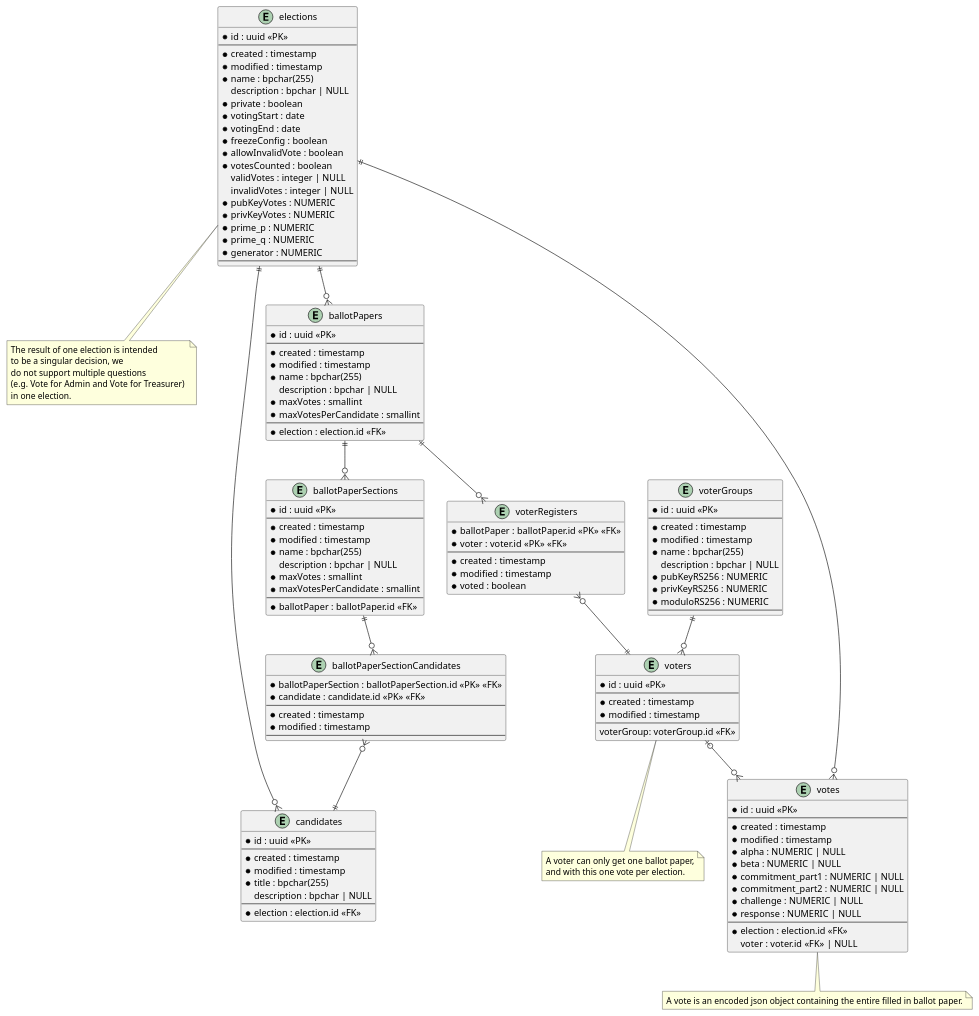
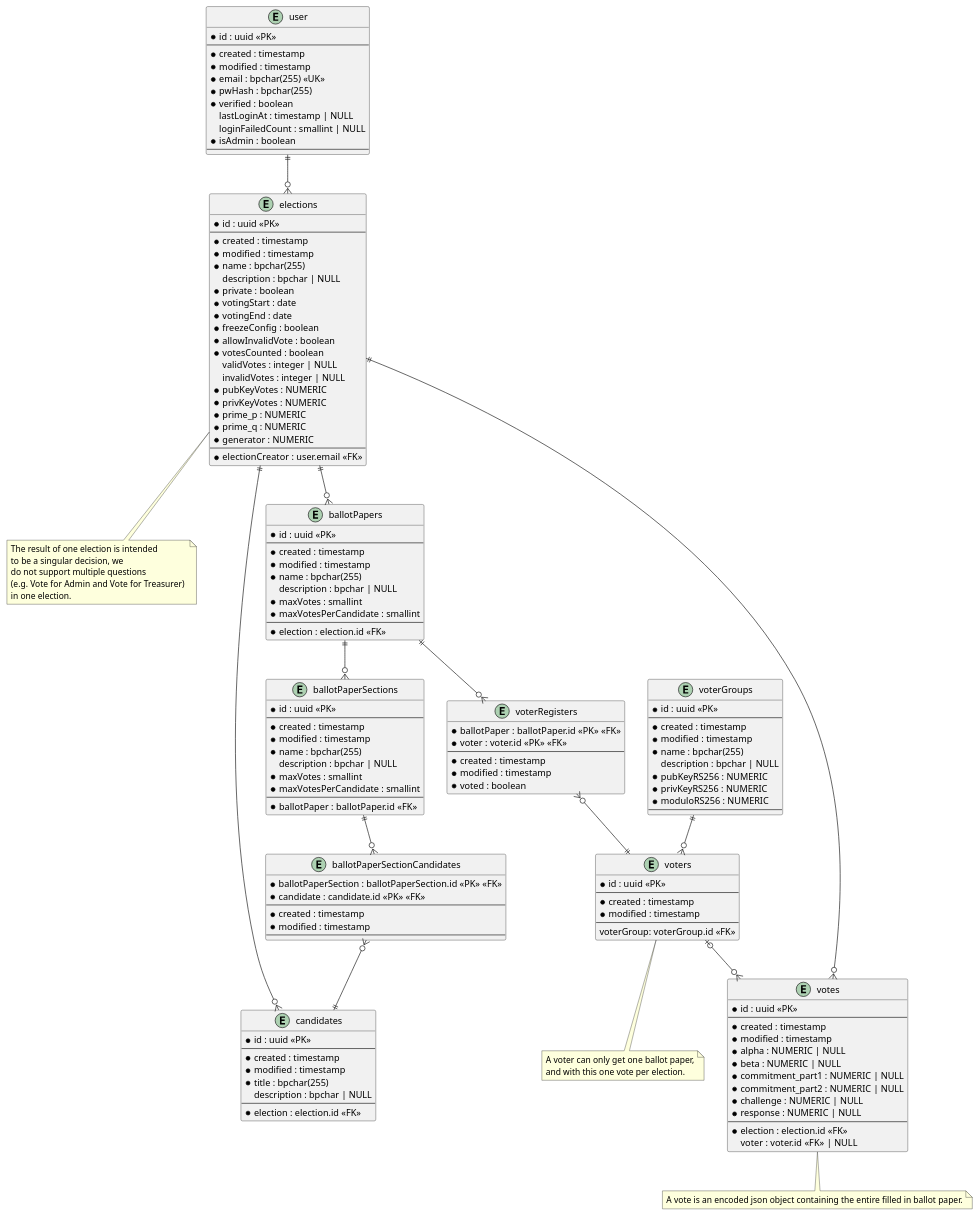
One commit to SE-UUlm/votura changed the diagram in apps/docs/static/uml/dataModel.puml. Above: the diagram before and after it, drawn with PlantUML. The commit also changed 2 other files, not shown here.

Commit message:
#43: add first draft of election creation sequence diagram

```diff
--- a/apps/docs/static/uml/dataModel.puml
+++ b/apps/docs/static/uml/dataModel.puml
@@ -1,157 +1,173 @@
 @startuml dataModel
+
+entity "user" as user {
+    * id : uuid <<PK>>
+    --
+    * created : timestamp
+    * modified : timestamp
+    * email : bpchar(255) <<UK>>
+    * pwHash : bpchar(255)
+    * verified : boolean
+    lastLoginAt : timestamp | NULL
+    loginFailedCount : smallint | NULL
+    * isAdmin : boolean
+    --
+}
+
 
 entity "elections" as elections {
     * id : uuid <<PK>>
     --
     * created : timestamp
     * modified : timestamp
     * name : bpchar(255)
     description : bpchar | NULL
     * private : boolean
     * votingStart : date
     * votingEnd : date
     * freezeConfig : boolean
     * allowInvalidVote : boolean
     * votesCounted : boolean
     ' Computed values such as validVotes and invalidVotes are critical - do we really want to store them?
     validVotes : integer | NULL
     invalidVotes : integer | NULL
     * pubKeyVotes : NUMERIC
     * privKeyVotes : NUMERIC
     * prime_p : NUMERIC 
     * prime_q : NUMERIC
     * generator : NUMERIC
     --
+    * electionCreator : user.email <<FK>>
 }
 
 note as N2
 The result of one election is intended 
 to be a singular decision, we 
 do not support multiple questions 
 (e.g. Vote for Admin and Vote for Treasurer) 
 in one election.
 end note
 
 entity "ballotPapers" as ballotPapers {
     * id : uuid <<PK>>
     --
     * created : timestamp
     * modified : timestamp
     * name : bpchar(255)
     description : bpchar | NULL
     * maxVotes : smallint
     * maxVotesPerCandidate : smallint
     --
     * election : election.id <<FK>>
 }
 
 entity "ballotPaperSections" as ballotPaperSections {
     * id : uuid <<PK>>
     --
     * created : timestamp
     * modified : timestamp
     * name : bpchar(255)
     description : bpchar | NULL
     * maxVotes : smallint
     * maxVotesPerCandidate : smallint
     --
     * ballotPaper : ballotPaper.id <<FK>>
 }
 ' note as C_2
 ' If at least two ballotPaperSections are created for one ballotPaper, 
 ' the name field of the ballotPaperSections is mandatory.
 ' end note
 
 entity "ballotPaperSectionCandidates" as ballotPaperSectionCandidates {
     * ballotPaperSection : ballotPaperSection.id <<PK>> <<FK>>
     * candidate : candidate.id <<PK>> <<FK>>
     --
     * created : timestamp
     * modified : timestamp
     --
 }
 
 entity "candidates" as candidates {
     * id : uuid <<PK>>
     --
     * created : timestamp
     * modified : timestamp
     * title : bpchar(255)
     description : bpchar | NULL
     --
     * election : election.id <<FK>>
 }
 
 entity "votes" as votes {
     * id : uuid <<PK>>
     --
     * created : timestamp
     * modified : timestamp
     * alpha : NUMERIC | NULL
     * beta : NUMERIC | NULL
     * commitment_part1 : NUMERIC | NULL
     * commitment_part2 : NUMERIC | NULL
     * challenge : NUMERIC | NULL
     * response : NUMERIC | NULL
     --
     * election : election.id <<FK>>
     ' if the vote isn't secret, voter can be saved
     voter : voter.id <<FK>> | NULL
 }
 note as N4
 A vote is an encoded json object containing the entire filled in ballot paper.
 end note
 
 entity "voterRegisters" as voterRegisters {
     * ballotPaper : ballotPaper.id <<PK>> <<FK>>
     * voter : voter.id <<PK>> <<FK>>
     --
     * created : timestamp
     * modified : timestamp
     * voted : boolean
 }
 
 entity "voters" as voters {
     * id : uuid <<PK>>
     --
     * created : timestamp
     * modified : timestamp
     --
     voterGroup: voterGroup.id <<FK>>
 }
 note as N3
 A voter can only get one ballot paper,
 and with this one vote per election.
 end note
 
 entity "voterGroups" as voterGroups {
     * id : uuid <<PK>>
     --
     * created : timestamp
     * modified : timestamp
     * name : bpchar(255)
     description : bpchar | NULL
     * pubKeyRS256 : NUMERIC
     * privKeyRS256 : NUMERIC
     * moduloRS256 : NUMERIC
     --
 }
 
-
+user ||--o{ elections
 elections ||--o{ ballotPapers
 elections -- N2
 elections ||--o{ candidates
 ballotPapers ||--o{ voterRegisters
 voterRegisters }o--|| voters
 ballotPapers ||--o{ ballotPaperSections
 ' ballotPaperSections -- C_2
 ballotPaperSections ||--o{ ballotPaperSectionCandidates
 ballotPaperSectionCandidates }o--|| candidates
 votes }o--|| elections
 voters |o--o{ votes
 voterGroups ||--o{ voters
 voters -- N3
 votes -- N4
 
 
 @enduml
```
